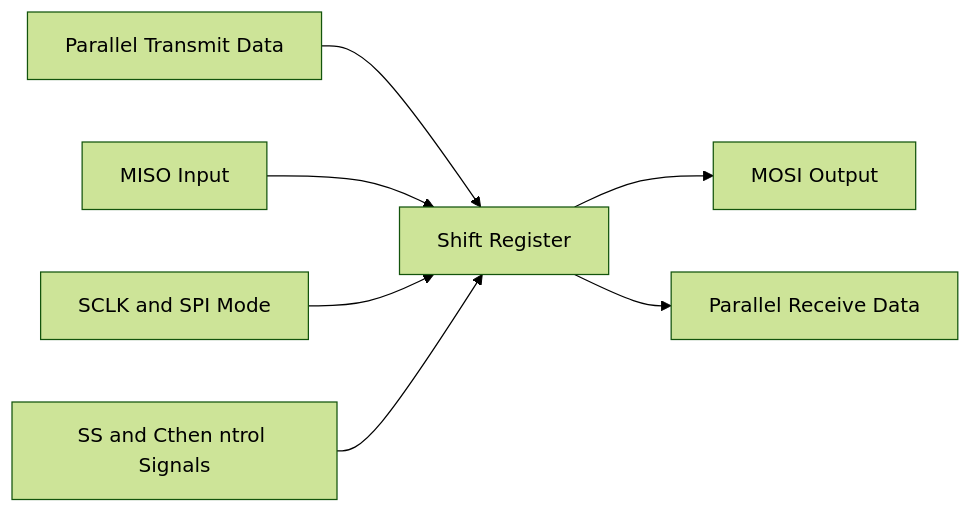
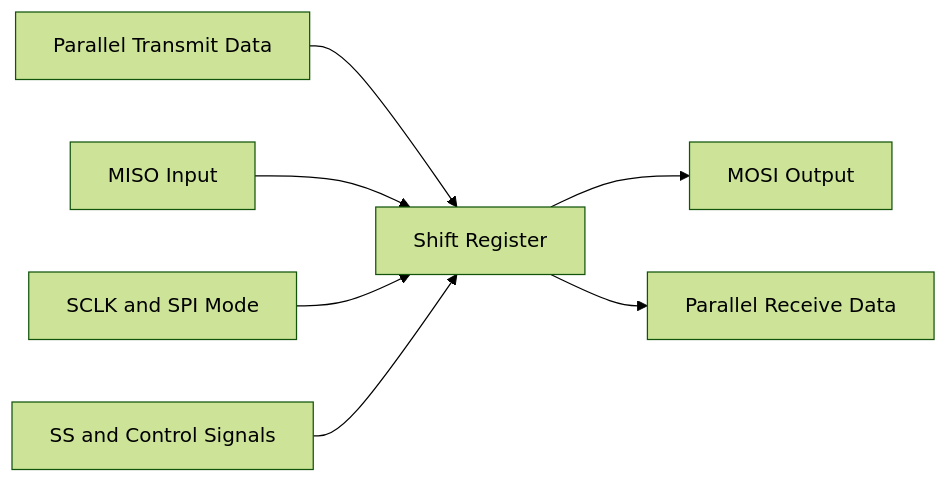
One commit to Prameela18/APB-Based-SPI-Master-IP-Design-Protocol changed the fifth of 5 diagrams in README.md. Above: the diagram before and after it, drawn with Mermaid (forest theme).

````diff
--- a/README.md
+++ b/README.md
@@ -138,9 +138,9 @@
 ```mermaid
 flowchart LR
     A[Parallel Transmit Data] --> B[Shift Register]
     C[MISO Input] --> B
     D[SCLK and SPI Mode] --> B
-    E[SS and Cthen ntrol Signals] --> B
+    E[SS and Control Signals] --> B
     B --> F[MOSI Output]
     B --> G[Parallel Receive Data]
 ```
````
